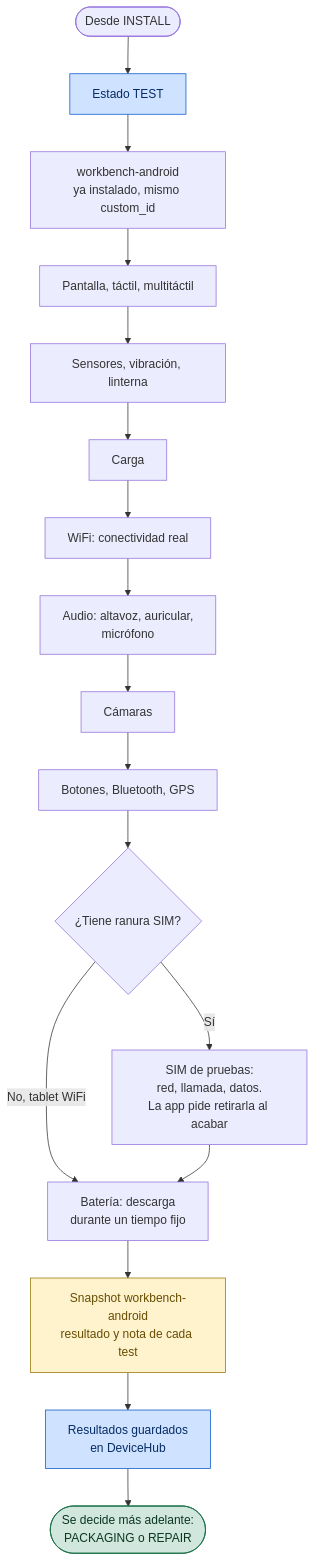
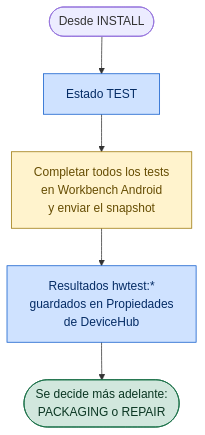
The sixth of 8 diagrams in docs/diagramas-detallados.md (aucoop/vincle-digital-docs), drawn with Mermaid before and after one commit. The commit also changed other lines of this file and 5 other files, not shown here.

Commit message:
refactor(flow): collapse TEST checks into Workbench step

````diff
--- a/docs/diagramas-detallados.md
+++ b/docs/diagramas-detallados.md
@@ -305,25 +305,11 @@
 ```mermaid
 flowchart TD
     IN(["Desde INSTALL"]) --> ST_T["Estado TEST"]:::dh
-    ST_T --> WB["workbench-android<br/>ya instalado, mismo custom_id"]
-
-    WB --> T1["Pantalla, táctil, multitáctil"]
-    T1 --> T2["Sensores, vibración, linterna"]
-    T2 --> T3["Carga"]
-    T3 --> T4["WiFi: conectividad real"]
-    T4 --> T5["Audio: altavoz, auricular,<br/>micrófono"]
-    T5 --> T6["Cámaras"]
-    T6 --> T7["Botones, Bluetooth, GPS"]
-    T7 --> HASSIM{"¿Tiene ranura SIM?"}
-    HASSIM -->|"Sí"| T8["SIM de pruebas:<br/>red, llamada, datos.<br/>La app pide retirarla al acabar"]
-    HASSIM -->|"No, tablet WiFi"| T9
-    T8 --> T9["Batería: descarga<br/>durante un tiempo fijo"]
-
-    T9 --> SNAP["Snapshot workbench-android<br/>resultado y nota de cada test"]:::checkpoint
-    SNAP --> PROPS["Resultados guardados<br/>en DeviceHub"]:::dh
+    ST_T --> WB["Completar todos los tests<br/>en Workbench Android<br/>y enviar el snapshot"]:::checkpoint
+    WB --> PROPS["Resultados hwtest:*<br/>guardados en Propiedades<br/>de DeviceHub"]:::dh
     PROPS --> NEXT(["Se decide más adelante:<br/>PACKAGING o REPAIR"]):::ok
 
     classDef ok fill:#d1e7dd,stroke:#146c43,color:#0a3622
     classDef checkpoint fill:#fff3cd,stroke:#997404,color:#664d03
     classDef dh fill:#cfe2ff,stroke:#0a58ca,color:#052c65
 ```
````
